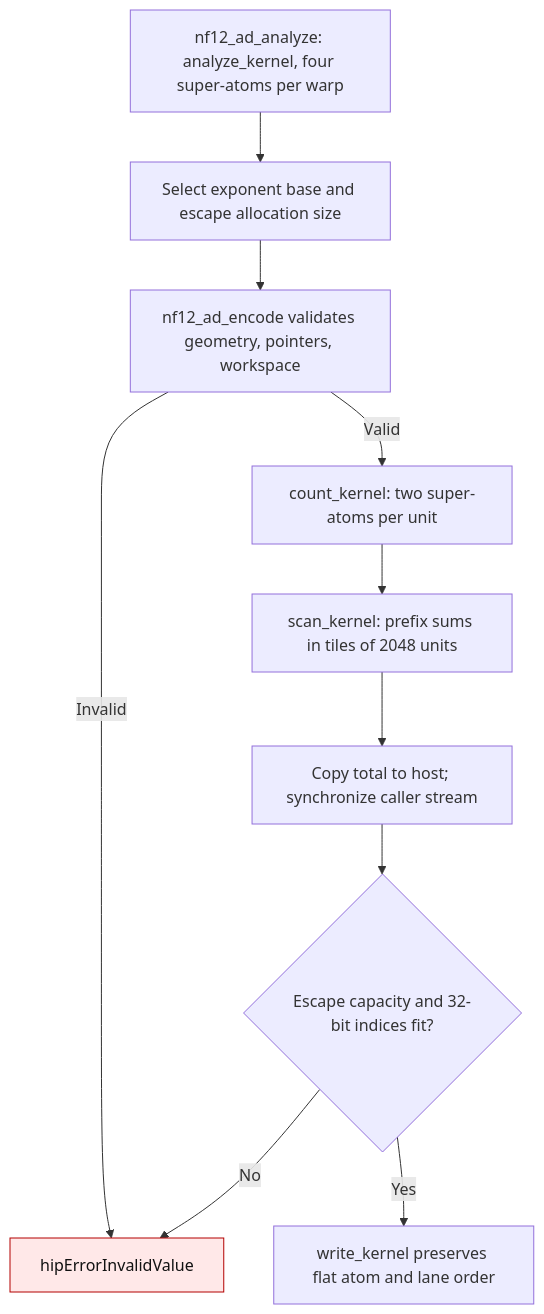
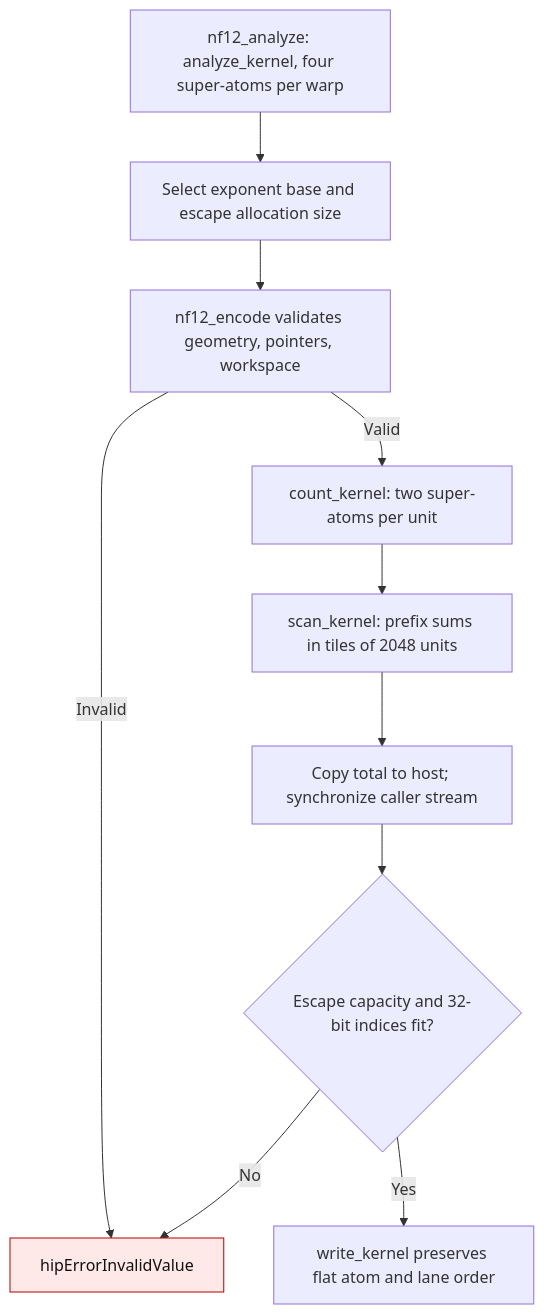
One commit to ModelCloud/GPTQModel changed the seventh of 9 diagrams in docs/nf12-hip-device-workspace.md. Above: the diagram before and after it, drawn with Mermaid. The commit also changed other lines of this file and 115 other files, not shown here.

````diff
--- a/docs/nf12-hip-device-workspace.md
+++ b/docs/nf12-hip-device-workspace.md
@@ -248,14 +248,14 @@
 ```mermaid
 flowchart TD
-    A["nf12_ad_analyze: analyze_kernel, four super-atoms per warp"] --> B["Select exponent base and escape allocation size"]
-    B --> C["nf12_ad_encode validates geometry, pointers, workspace"]
+    A["nf12_analyze: analyze_kernel, four super-atoms per warp"] --> B["Select exponent base and escape allocation size"]
+    B --> C["nf12_encode validates geometry, pointers, workspace"]
     C -- Invalid --> X["hipErrorInvalidValue"]
     C -- Valid --> D["count_kernel: two super-atoms per unit"]
     D --> E["scan_kernel: prefix sums in tiles of 2048 units"]
     E --> F["Copy total to host; synchronize caller stream"]
     F --> G{"Escape capacity and 32-bit indices fit?"}
     G -- No --> X
     G -- Yes --> H["write_kernel preserves flat atom and lane order"]
     classDef failure fill:#ffe8e8,stroke:#b30000,color:#111;
     class X failure;
 ```
````
